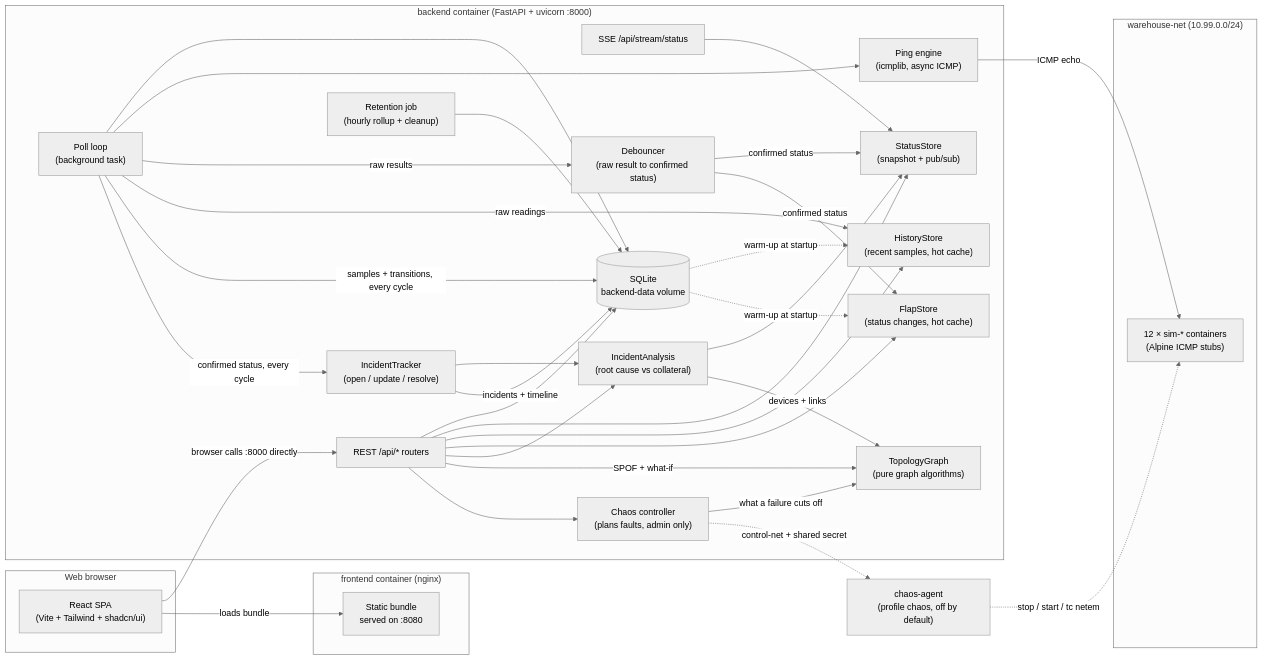
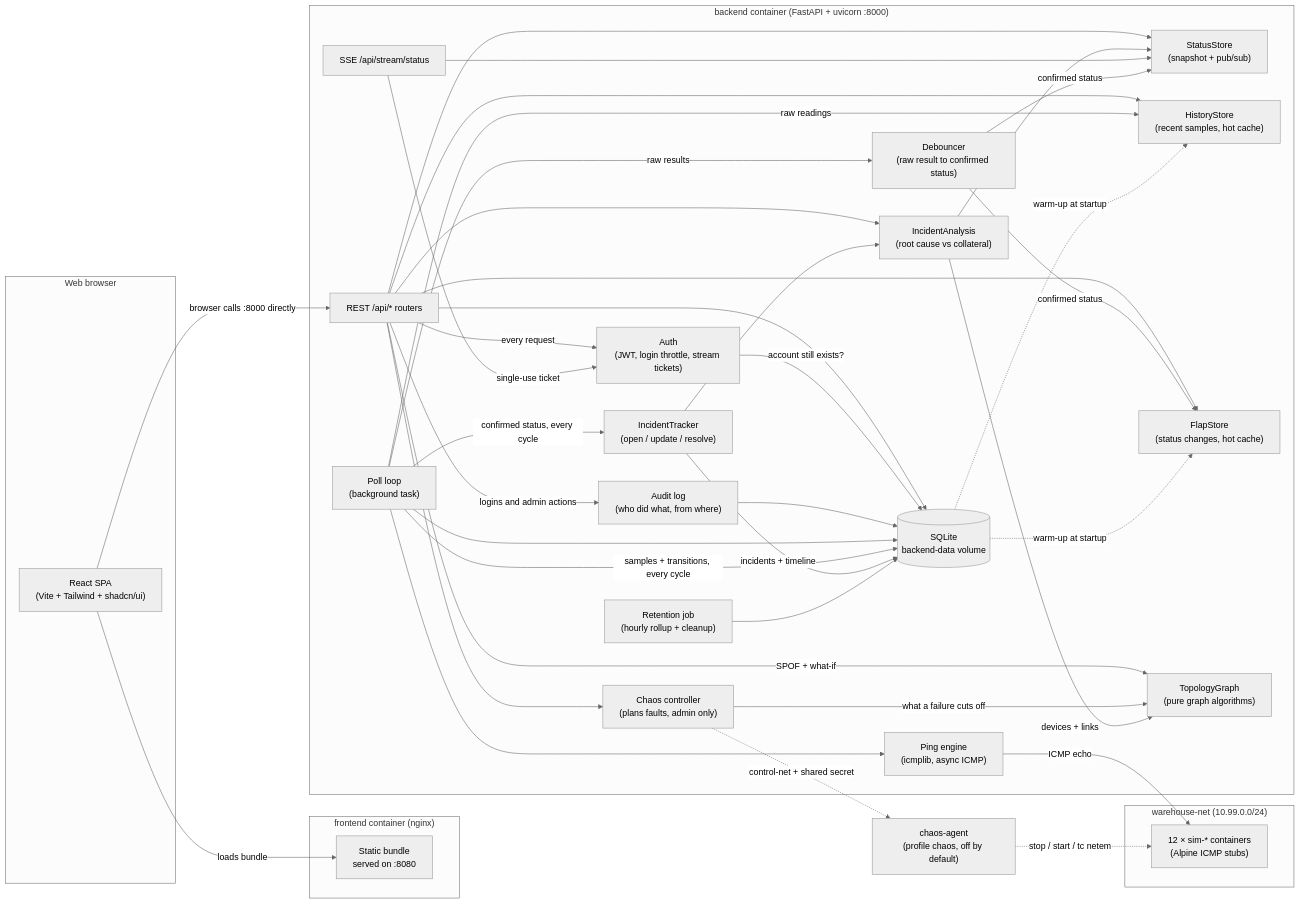
Before and after one commit to dumbL4d/network-analyser: the first of 10 diagrams in README.md, drawn with Mermaid (neutral theme). The commit also changed other lines of this file and 49 other files, not shown here.

First line of the commit message:
feat: harden auth, add SSE tickets, login throttling and audit log

````diff
--- a/README.md
+++ b/README.md
@@ -56,64 +61,71 @@
 ```mermaid
 flowchart LR
     subgraph Browser["Web browser"]
         UI["React SPA<br/>(Vite + Tailwind + shadcn/ui)"]
     end
 
     subgraph FrontendContainer["frontend container (nginx)"]
         STATIC["Static bundle<br/>served on :8080"]
     end
 
     subgraph BackendContainer["backend container (FastAPI + uvicorn :8000)"]
         API["REST /api/* routers"]
         SSE["SSE /api/stream/status"]
         POLL["Poll loop<br/>(background task)"]
         PING["Ping engine<br/>(icmplib, async ICMP)"]
         DEB["Debouncer<br/>(raw result to confirmed status)"]
         ST["StatusStore<br/>(snapshot + pub/sub)"]
         HS["HistoryStore<br/>(recent samples, hot cache)"]
         FS["FlapStore<br/>(status changes, hot cache)"]
         IA["IncidentAnalysis<br/>(root cause vs collateral)"]
         TG["TopologyGraph<br/>(pure graph algorithms)"]
         CH["Chaos controller<br/>(plans faults, admin only)"]
+        AUTH["Auth<br/>(JWT, login throttle, stream tickets)"]
+        AUD["Audit log<br/>(who did what, from where)"]
         TRK["IncidentTracker<br/>(open / update / resolve)"]
         RET["Retention job<br/>(hourly rollup + cleanup)"]
         DB[("SQLite<br/>backend-data volume")]
     end
 
     subgraph SimNet["warehouse-net (10.99.0.0/24)"]
         SIM["12 × sim-* containers<br/>(Alpine ICMP stubs)"]
     end
 
     AGENT["chaos-agent<br/>(profile chaos, off by default)"]
 
     UI -- "browser calls :8000 directly" --> API
     API --> DB
     API --> ST
     API --> HS
     API --> FS
     API --> IA
     API -- "SPOF + what-if" --> TG
     API --> CH
+    API -- "every request" --> AUTH
+    SSE -- "single-use ticket" --> AUTH
+    AUTH -- "account still exists?" --> DB
+    API -- "logins and admin actions" --> AUD
+    AUD --> DB
     CH -- "what a failure cuts off" --> TG
     CH -. "control-net + shared secret" .-> AGENT
     AGENT -. "stop / start / tc netem" .-> SIM
     IA --> ST
     IA -- "devices + links" --> TG
     SSE --> ST
     POLL --> DB
     POLL --> PING
     PING -- "ICMP echo" --> SIM
     POLL -- "raw results" --> DEB
     DEB -- "confirmed status" --> ST
     DEB -- "confirmed status" --> FS
     POLL -- "raw readings" --> HS
     POLL -- "samples + transitions, every cycle" --> DB
     POLL -- "confirmed status, every cycle" --> TRK
     TRK --> IA
     TRK -- "incidents + timeline" --> DB
     RET --> DB
     DB -. warm-up at startup .-> HS
     DB -. warm-up at startup .-> FS
 
     UI -- "loads bundle" --> STATIC
 ```
````
